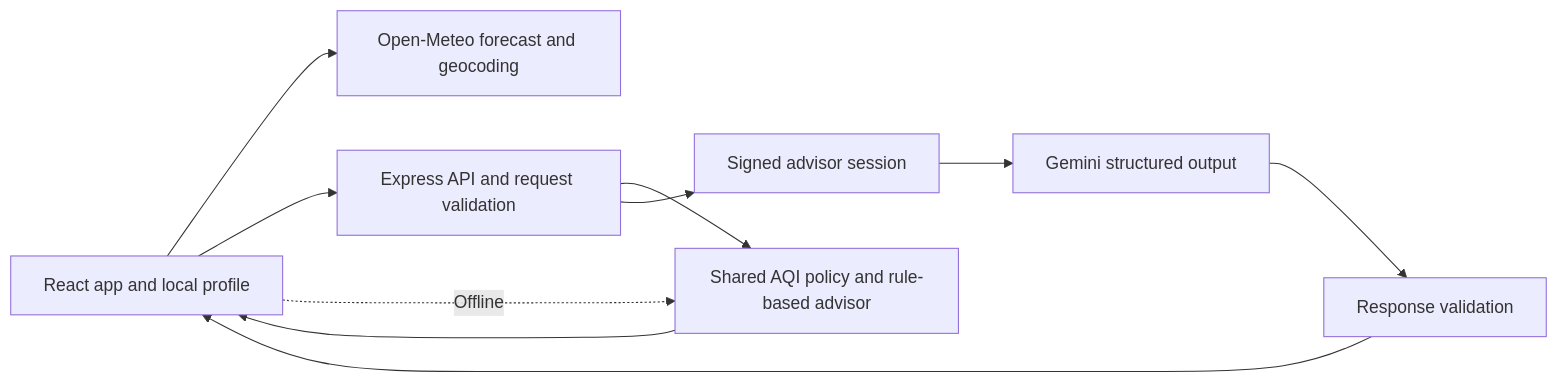
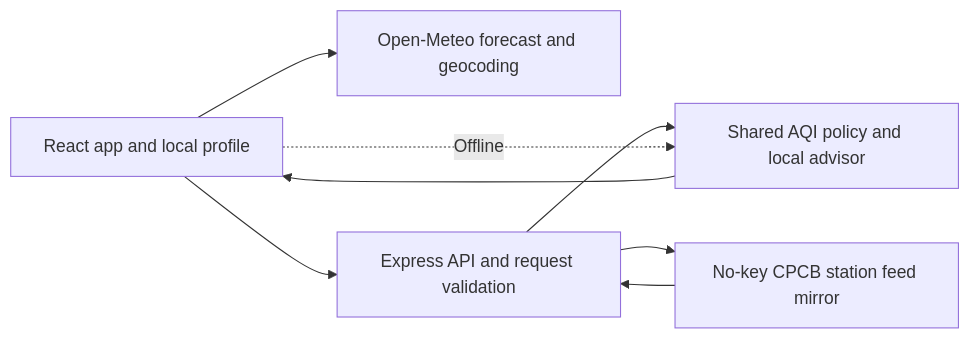
The diagram in README.md (calmcode47/Air-qualtiy-assistant), drawn with Mermaid before and after one commit. The commit also changed other lines of this file and 41 other files, not shown here.

````diff
--- a/README.md
+++ b/README.md
@@ -56,12 +65,10 @@
 ```mermaid
 flowchart LR
   Browser["React app and local profile"] --> OpenMeteo["Open-Meteo forecast and geocoding"]
   Browser --> Express["Express API and request validation"]
-  Express --> Rules["Shared AQI policy and rule-based advisor"]
-  Express --> Auth["Signed advisor session"]
-  Auth --> Gemini["Gemini structured output"]
-  Gemini --> Validation["Response validation"]
-  Validation --> Browser
+  Express --> Rules["Shared AQI policy and local advisor"]
+  Express --> CPCB["No-key CPCB station feed mirror"]
   Rules --> Browser
+  CPCB --> Express
   Browser -. Offline .-> Rules
 ```
````
